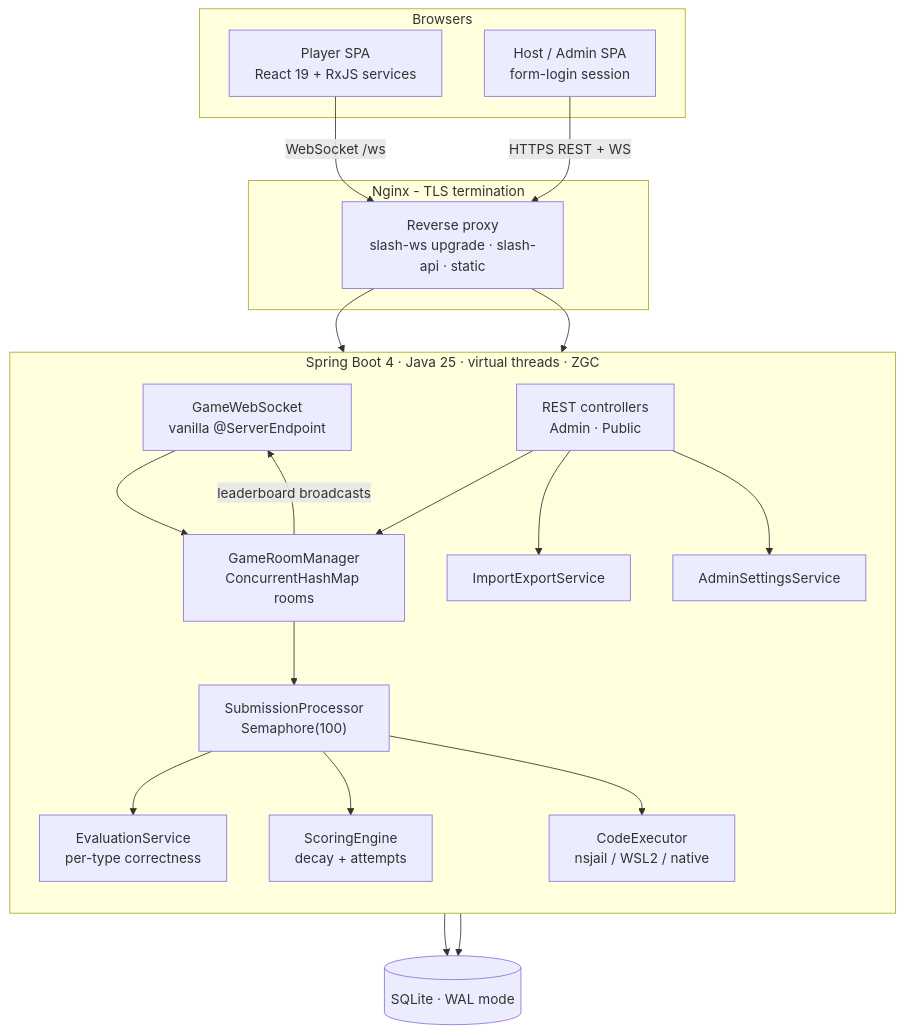
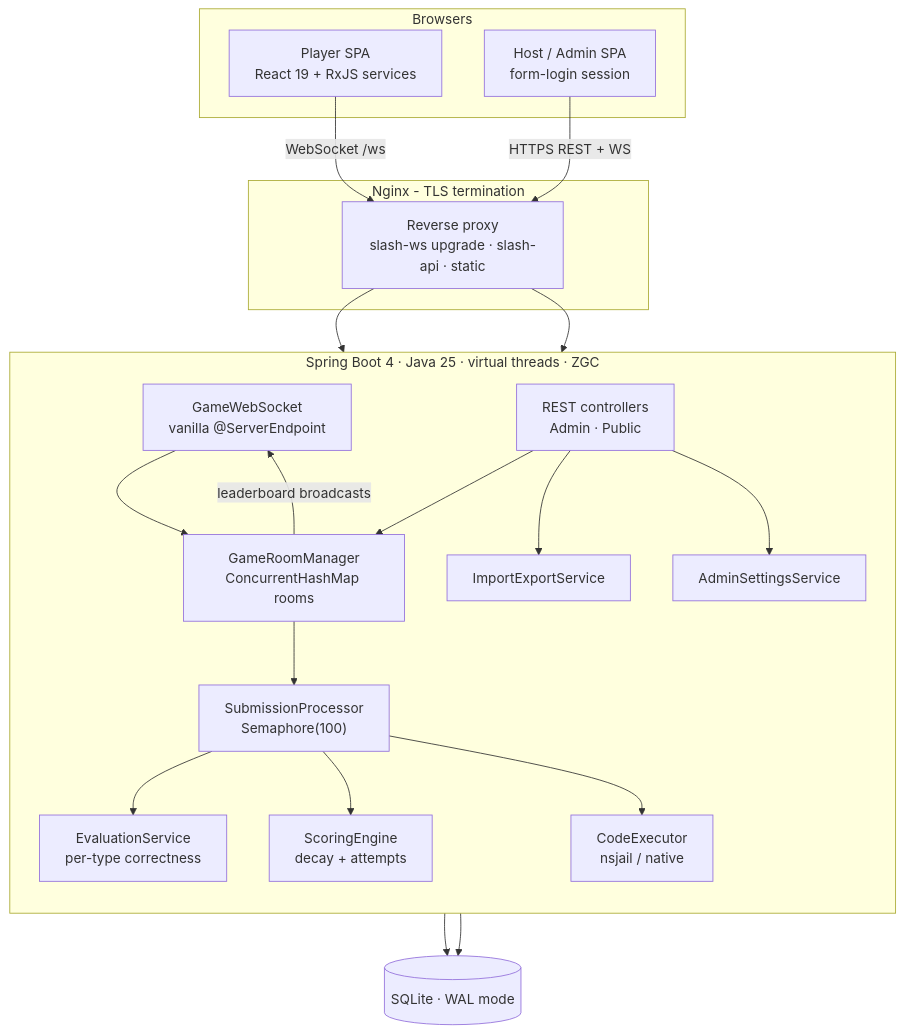
The first of 7 diagrams in docs/architecture.md (richie-rich90454/SprintJudge), drawn with Mermaid before and after one commit. The commit also changed other lines of this file and 21 other files, not shown here.

````diff
--- a/docs/architecture.md
+++ b/docs/architecture.md
@@ -8,42 +8,42 @@
 ```mermaid
 flowchart TB
     subgraph Clients["Browsers"]
         P["Player SPA<br/>React 19 + RxJS services"]
         H["Host / Admin SPA<br/>form-login session"]
     end
 
     subgraph Edge["Nginx - TLS termination"]
         N["Reverse proxy<br/>slash-ws upgrade · slash-api · static"]
     end
 
     subgraph App["Spring Boot 4 · Java 25 · virtual threads · ZGC"]
         direction TB
         WS["GameWebSocket<br/>vanilla @ServerEndpoint"]
         REST["REST controllers<br/>Admin · Public"]
         GRM["GameRoomManager<br/>ConcurrentHashMap rooms"]
         EV["EvaluationService<br/>per-type correctness"]
         SC["ScoringEngine<br/>decay + attempts"]
         SP["SubmissionProcessor<br/>Semaphore(100)"]
-        EXC["CodeExecutor<br/>nsjail / WSL2 / native"]
+        EXC["CodeExecutor<br/>nsjail / native"]
         IE2["ImportExportService"]
         AS2["AdminSettingsService"]
     end
 
     DB[("SQLite · WAL mode")]
 
     P -->|WebSocket /ws| N
     H -->|HTTPS REST + WS| N
     N --> WS
     N --> REST
     REST --> GRM
     REST --> IE2
     REST --> AS2
     WS --> GRM
     GRM --> SP
     SP --> EV
     SP --> SC
     SP --> EXC
     GRM -->|"leaderboard broadcasts"| WS
     GRM --> DB
     SP --> DB
 ```
````
